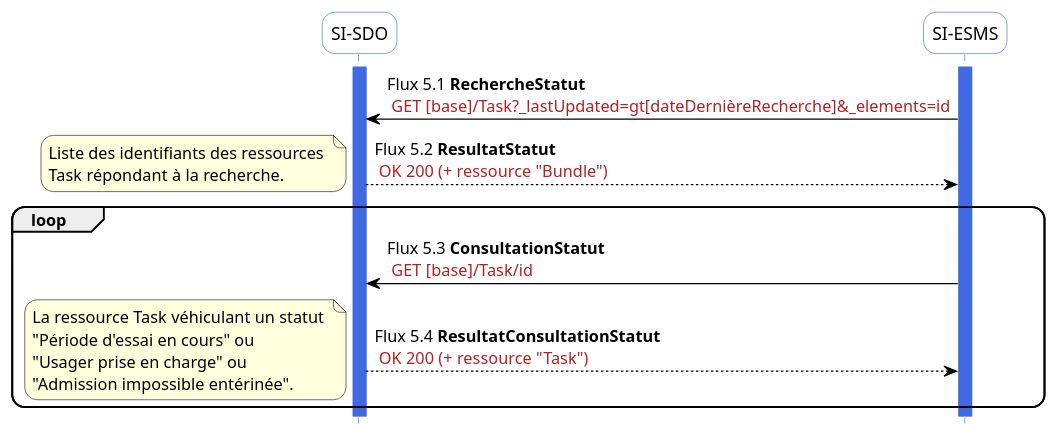
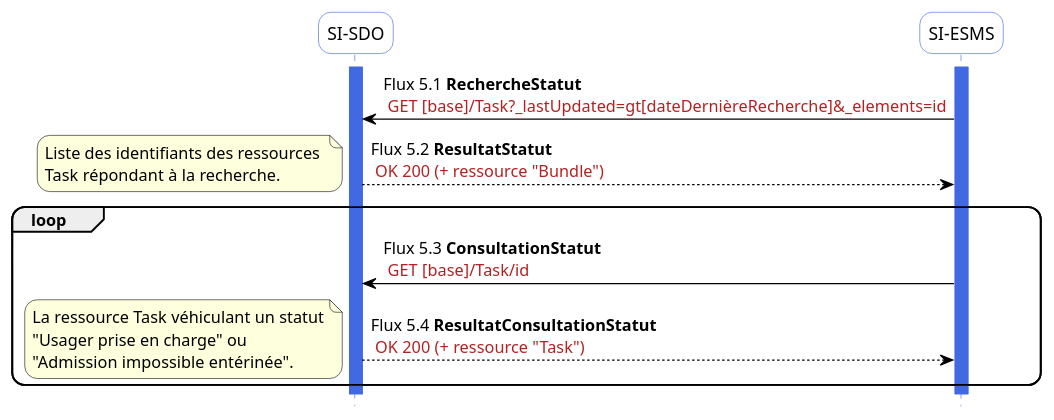
One commit to ansforge/IG-fhir-medicosocial-suivi-decisions-orientation changed the diagram in input/images-source/flux5.plantuml. Above: the diagram before and after it, drawn with PlantUML. The commit also changed 3 other files, not shown here.

```diff
--- a/input/images-source/flux5.plantuml
+++ b/input/images-source/flux5.plantuml
@@ -1,47 +1,46 @@
 @startuml flux5
 hide footbox
 
 skinparam sequence {
  arrowColor black
  ParticipantBorderColor RoyalBlue
  ParticipantBackgroundColor white
  LifeLineBorderColor RoyalBlue
  LifeLineBackgroundColor RoyalBlue
  ParticipantFontSize 14
  ParticipantFontName arial
  ParticipantPadding 20
 }
 skinparam  roundcorner 20
 
 
 participant "SI-SDO" as SDO
 participant "SI-ESMS" as ESMS
 activate SDO
 activate ESMS
 
 
 ESMS-[#black]> SDO : Flux 5.1 **RechercheStatut** \n <color #FireBrick>GET [base]/Task?_lastUpdated=gt[dateDernièreRecherche]&_elements=id</color>
 SDO-[#black]-> ESMS: Flux 5.2 **ResultatStatut** \n <color #FireBrick>OK 200 (+ ressource "Bundle")</color>
 
 note left
 Liste des identifiants des ressources 
 Task répondant à la recherche.
 end note
 
 loop 
 ESMS-[#black]> SDO : Flux 5.3 **ConsultationStatut** \n <color #FireBrick>GET [base]/Task/id</color>
 SDO-[#black]-> ESMS: Flux 5.4 **ResultatConsultationStatut** \n <color #FireBrick>OK 200 (+ ressource "Task")</color>
 note left
-La ressource Task véhiculant un statut 
-"Période d'essai en cours" ou 
+La ressource Task véhiculant un statut
 "Usager prise en charge" ou 
 "Admission impossible entérinée".
 end note
 end loop
 
 
 
 
 deactivate SDO
 deactivate ESMS
 @enduml
```
